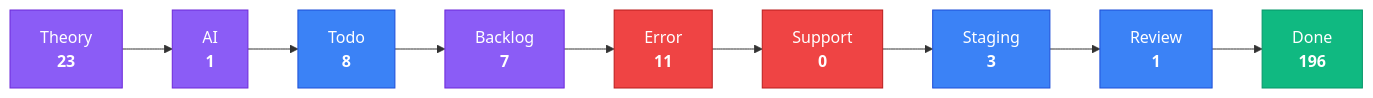
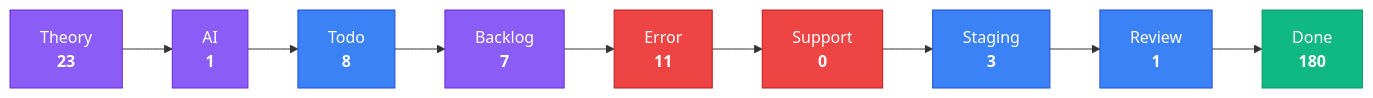
Before and after one commit to KBVE/kbve: the third of 4 diagrams in apps/kbve/astro-kbve/src/content/docs/dashboard/kanban-data.mdx, drawn with Mermaid. The commit also changed other lines of this file and 7 other files, not shown here.

````diff
--- a/apps/kbve/astro-kbve/src/content/docs/dashboard/kanban-data.mdx
+++ b/apps/kbve/astro-kbve/src/content/docs/dashboard/kanban-data.mdx
@@ -80,28 +80,28 @@
 ```mermaid
 flowchart LR
     classDef planning fill:#8b5cf6,stroke:#6d28d9,color:#fff
     classDef active fill:#3b82f6,stroke:#1d4ed8,color:#fff
     classDef blocked fill:#ef4444,stroke:#b91c1c,color:#fff
     classDef done fill:#10b981,stroke:#059669,color:#fff
     Theory["Theory<br/><strong>23</strong>"]
     Theory --> AI
     AI["AI<br/><strong>1</strong>"]
     AI --> Todo
     Todo["Todo<br/><strong>8</strong>"]
     Todo --> Backlog
     Backlog["Backlog<br/><strong>7</strong>"]
     Backlog --> Error
     Error["Error<br/><strong>11</strong>"]
     Error --> Support
     Support["Support<br/><strong>0</strong>"]
     Support --> Staging
     Staging["Staging<br/><strong>3</strong>"]
     Staging --> Review
     Review["Review<br/><strong>1</strong>"]
     Review --> Done
-    Done["Done<br/><strong>196</strong>"]
+    Done["Done<br/><strong>180</strong>"]
     class Theory,AI,Backlog planning
     class Todo,Staging,Review active
     class Error,Support blocked
     class Done done
 ```
````
